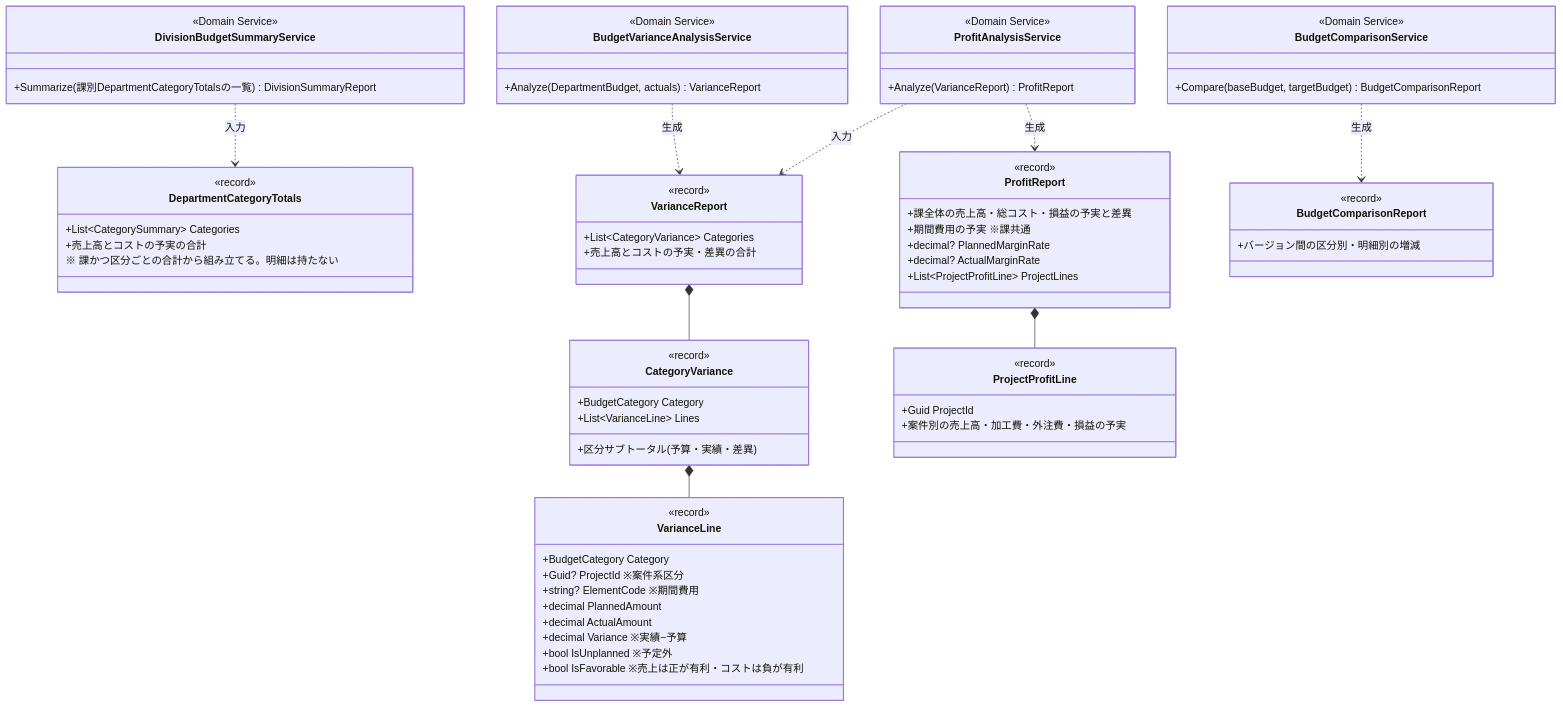
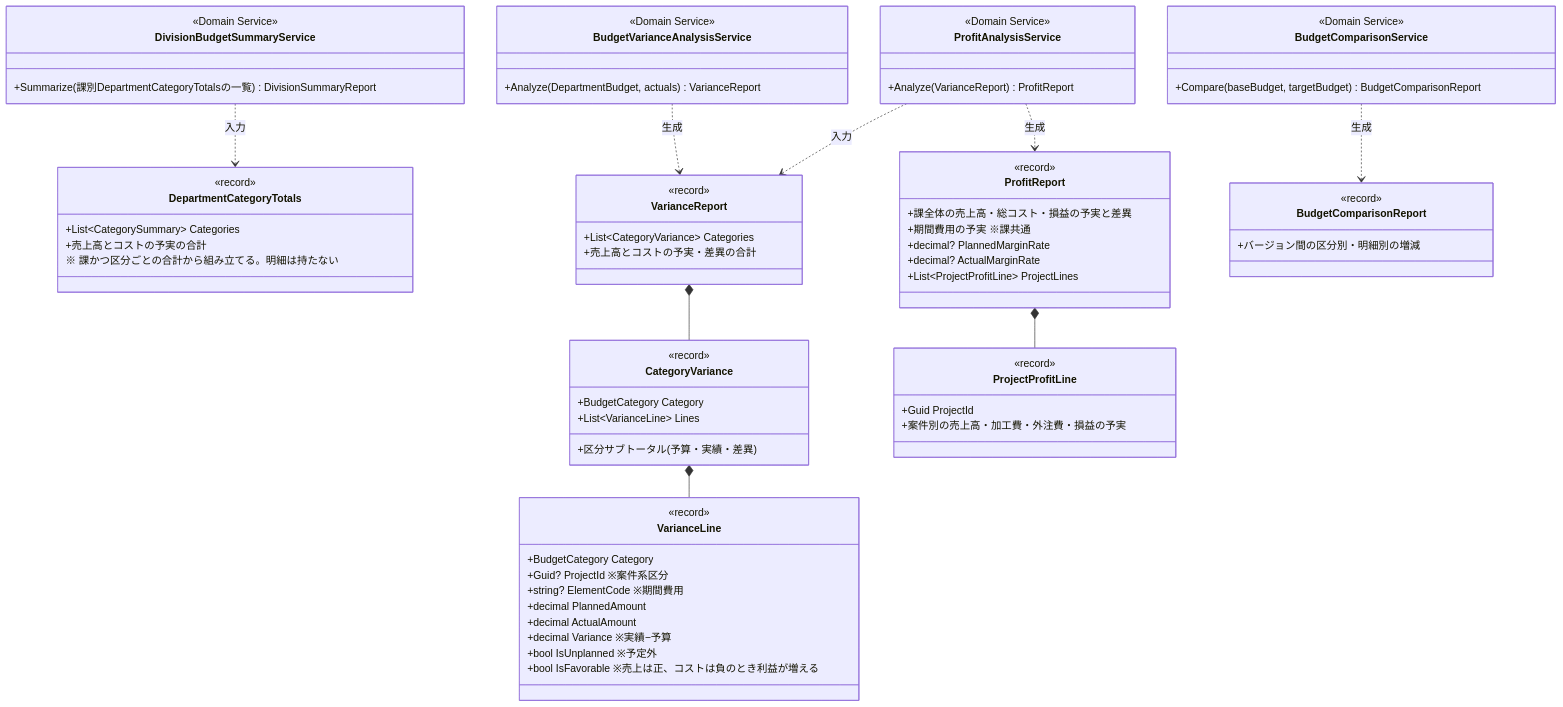
Before and after one commit to kyamanaka0923/fcpl-cost-management-system: the ninth of 9 diagrams in docs/DESIGN.md, drawn with Mermaid. The commit also changed other lines of this file and 18 other files, not shown here.

````diff
--- a/docs/DESIGN.md
+++ b/docs/DESIGN.md
@@ -385,74 +385,74 @@
 ```mermaid
 classDiagram
     class BudgetVarianceAnalysisService {
         <<Domain Service>>
         +Analyze(DepartmentBudget, actuals) VarianceReport
     }
     class BudgetComparisonService {
         <<Domain Service>>
         +Compare(baseBudget, targetBudget) BudgetComparisonReport
     }
     class ProfitAnalysisService {
         <<Domain Service>>
         +Analyze(VarianceReport) ProfitReport
     }
     class DivisionBudgetSummaryService {
         <<Domain Service>>
         +Summarize(課別DepartmentCategoryTotalsの一覧) DivisionSummaryReport
     }
     class DepartmentCategoryTotals {
         <<record>>
         +List~CategorySummary~ Categories
         +売上高とコストの予実の合計
         ※ 課かつ区分ごとの合計から組み立てる。明細は持たない
     }
 
     class VarianceReport {
         <<record>>
         +List~CategoryVariance~ Categories
         +売上高とコストの予実・差異の合計
     }
     class CategoryVariance {
         <<record>>
         +BudgetCategory Category
         +List~VarianceLine~ Lines
         +区分サブトータル(予算・実績・差異)
     }
     class VarianceLine {
         <<record>>
         +BudgetCategory Category
         +Guid? ProjectId ※案件系区分
         +string? ElementCode ※期間費用
         +decimal PlannedAmount
         +decimal ActualAmount
         +decimal Variance ※実績−予算
         +bool IsUnplanned ※予定外
-        +bool IsFavorable ※売上は正が有利・コストは負が有利
+        +bool IsFavorable ※売上は正、コストは負のとき利益が増える
     }
     class BudgetComparisonReport {
         <<record>>
         +バージョン間の区分別・明細別の増減
     }
     class ProfitReport {
         <<record>>
         +課全体の売上高・総コスト・損益の予実と差異
         +期間費用の予実 ※課共通
         +decimal? PlannedMarginRate
         +decimal? ActualMarginRate
         +List~ProjectProfitLine~ ProjectLines
     }
     class ProjectProfitLine {
         <<record>>
         +Guid ProjectId
         +案件別の売上高・加工費・外注費・損益の予実
     }
 
     BudgetVarianceAnalysisService ..> VarianceReport : 生成
     VarianceReport *-- CategoryVariance
     CategoryVariance *-- VarianceLine
     BudgetComparisonService ..> BudgetComparisonReport : 生成
     ProfitAnalysisService ..> ProfitReport : 生成
     ProfitAnalysisService ..> VarianceReport : 入力
     ProfitReport *-- ProjectProfitLine
     DivisionBudgetSummaryService ..> DepartmentCategoryTotals : 入力
 ```
````
